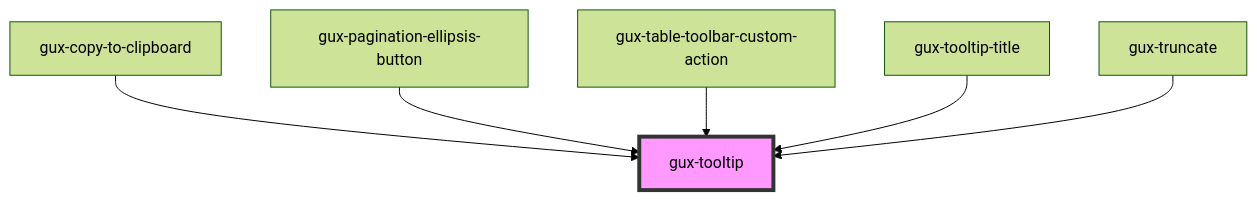
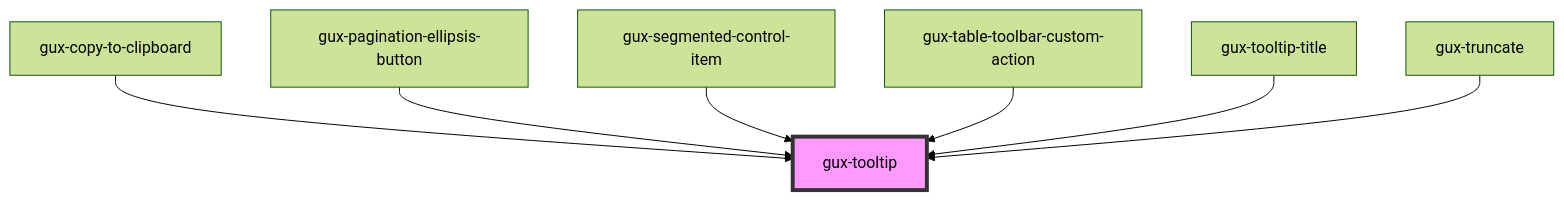
Before and after one commit to MyPureCloud/genesys-spark: the diagram in packages/genesys-spark-components/src/components/stable/gux-tooltip/readme.md, drawn with Mermaid (forest theme). The commit also changed other lines of this file and 28 other files, not shown here.

````diff
--- a/packages/genesys-spark-components/src/components/stable/gux-tooltip/readme.md
+++ b/packages/genesys-spark-components/src/components/stable/gux-tooltip/readme.md
@@ -108,9 +109,10 @@
 ```mermaid
 graph TD;
   gux-copy-to-clipboard --> gux-tooltip
   gux-pagination-ellipsis-button --> gux-tooltip
+  gux-segmented-control-item --> gux-tooltip
   gux-table-toolbar-custom-action --> gux-tooltip
   gux-tooltip-title --> gux-tooltip
   gux-truncate --> gux-tooltip
   style gux-tooltip fill:#f9f,stroke:#333,stroke-width:4px
 ```
````
